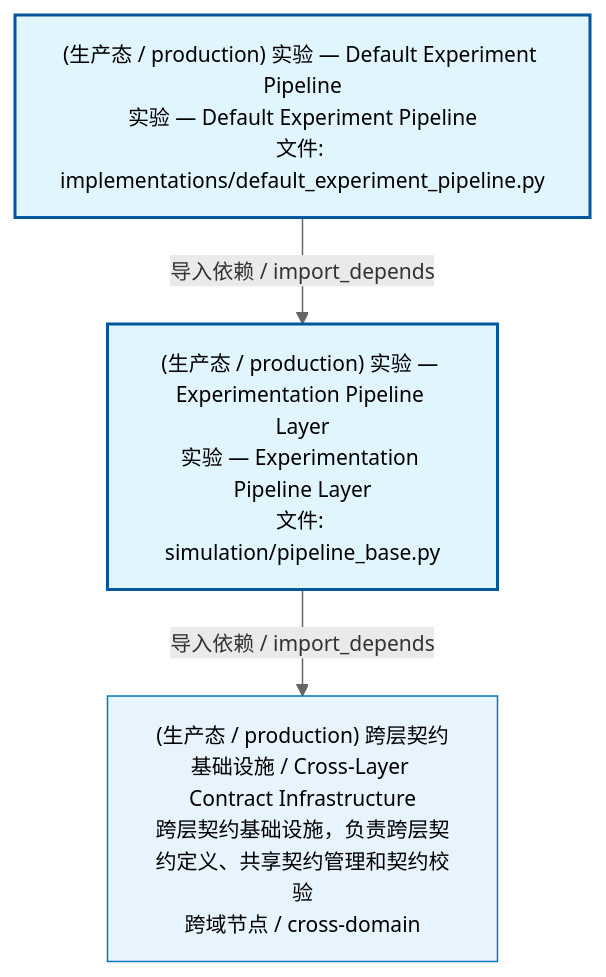
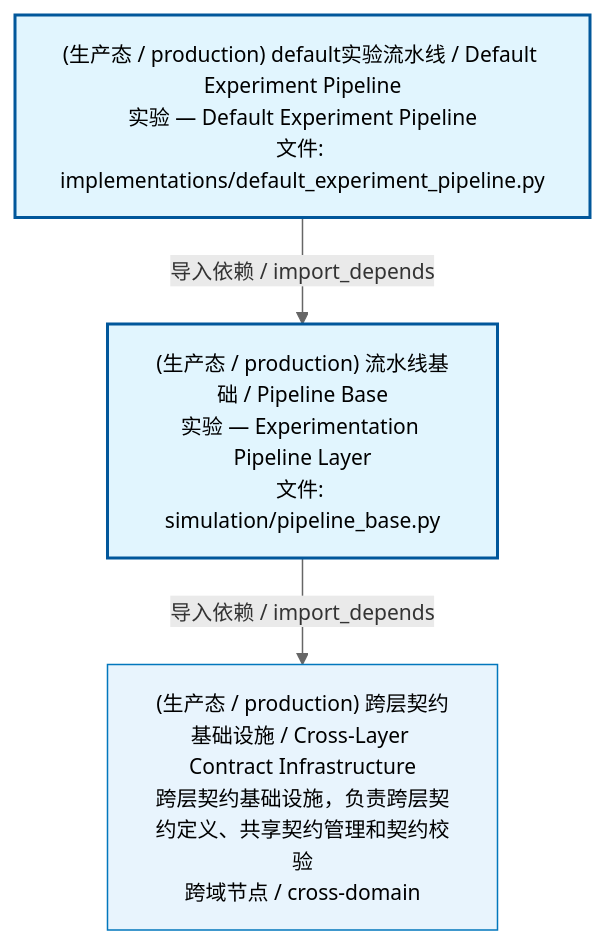
The first of 2 diagrams in docs/02_enterprise_architecture/02_domain_architecture_docs/70_d_simulation.md (xuanFelixVan/ZephyrAlpha), drawn with Mermaid before and after one commit. The commit also changed other lines of this file and 49 other files, not shown here.

````diff
--- a/docs/02_enterprise_architecture/02_domain_architecture_docs/70_d_simulation.md
+++ b/docs/02_enterprise_architecture/02_domain_architecture_docs/70_d_simulation.md
@@ -53,15 +53,15 @@
 ```mermaid
 %%{init: {'theme': 'base', 'themeVariables': {'primaryColor': '#eaeaea', 'primaryTextColor': '#333333', 'primaryBorderColor': '#666666', 'lineColor': '#666666', 'secondaryColor': '#eaeaea', 'tertiaryColor': '#eaeaea', 'fontSize': '14px'}}}%%
 flowchart TD
-    src_zephyr_simulation_implementations_default_experiment_pipeline_py["(生产态 / production) 实验 — Default Experiment Pipeline<br/>实验 — Default Experiment Pipeline<br/>文件: implementations/default_experiment_pipeline.py"]
-    src_zephyr_simulation_pipeline_base_py["(生产态 / production) 实验 — Experimentation Pipeline Layer<br/>实验 — Experimentation Pipeline Layer<br/>文件: simulation/pipeline_base.py"]
+    src_zephyr_simulation_implementations_default_experiment_pipeline_py["(生产态 / production) default实验流水线 / Default Experiment Pipeline<br/>实验 — Default Experiment Pipeline<br/>文件: implementations/default_experiment_pipeline.py"]
+    src_zephyr_simulation_pipeline_base_py["(生产态 / production) 流水线基础 / Pipeline Base<br/>实验 — Experimentation Pipeline Layer<br/>文件: simulation/pipeline_base.py"]
     src_zephyr_simulation_implementations_default_experiment_pipeline_py -->|导入依赖 / import_depends| src_zephyr_simulation_pipeline_base_py
     D_INFRASTRUCTURE["(生产态 / production) 跨层契约基础设施 / Cross-Layer Contract Infrastructure<br/>跨层契约基础设施，负责跨层契约定义、共享契约管理和契约校验<br/>跨域节点 / cross-domain"]
     src_zephyr_simulation_pipeline_base_py -->|导入依赖 / import_depends| D_INFRASTRUCTURE
     classDef production fill:#e1f5fe,stroke:#01579b,stroke-width:2px,color:#000
     classDef design fill:#fff3e0,stroke:#e65100,stroke-width:2px,color:#000,stroke-dasharray: 5 5
     classDef external_prod fill:#e8f4fd,stroke:#0277bd,stroke-width:1px,color:#000
     classDef external_design fill:#fff8e7,stroke:#ef6c00,stroke-width:1px,color:#000,stroke-dasharray: 5 5
     class src_zephyr_simulation_implementations_default_experiment_pipeline_py,src_zephyr_simulation_pipeline_base_py production
     class D_INFRASTRUCTURE external_prod
 ```
````
